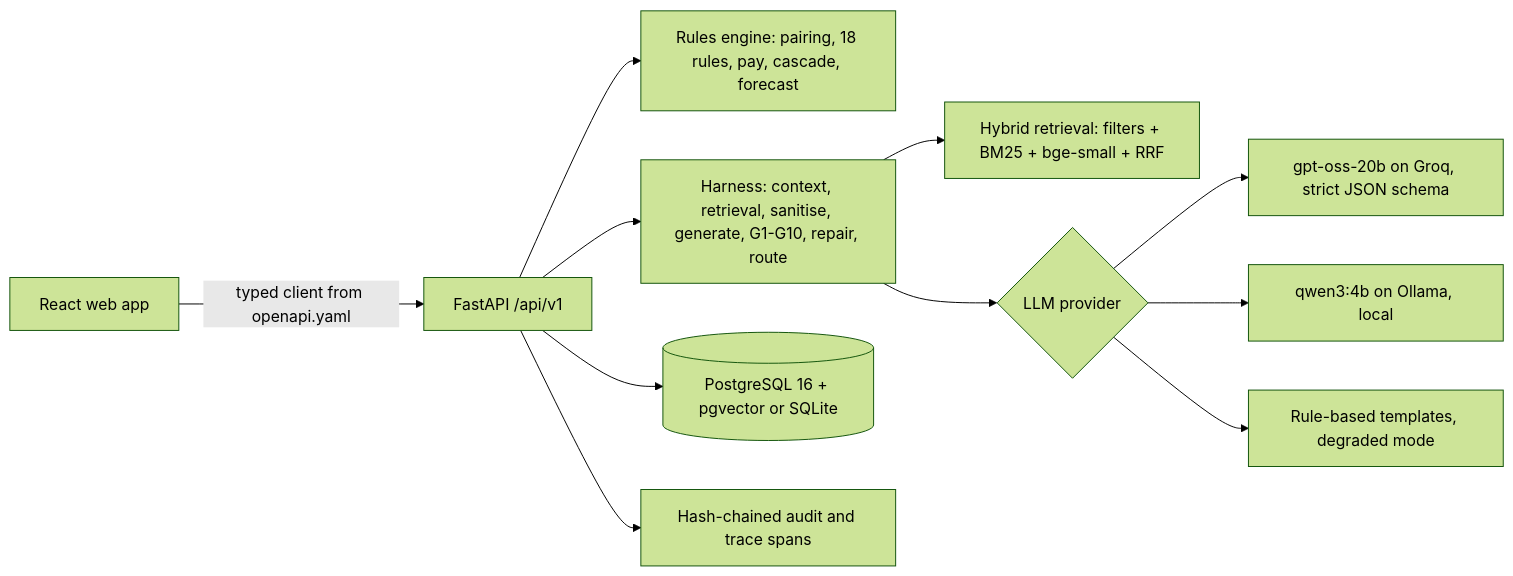
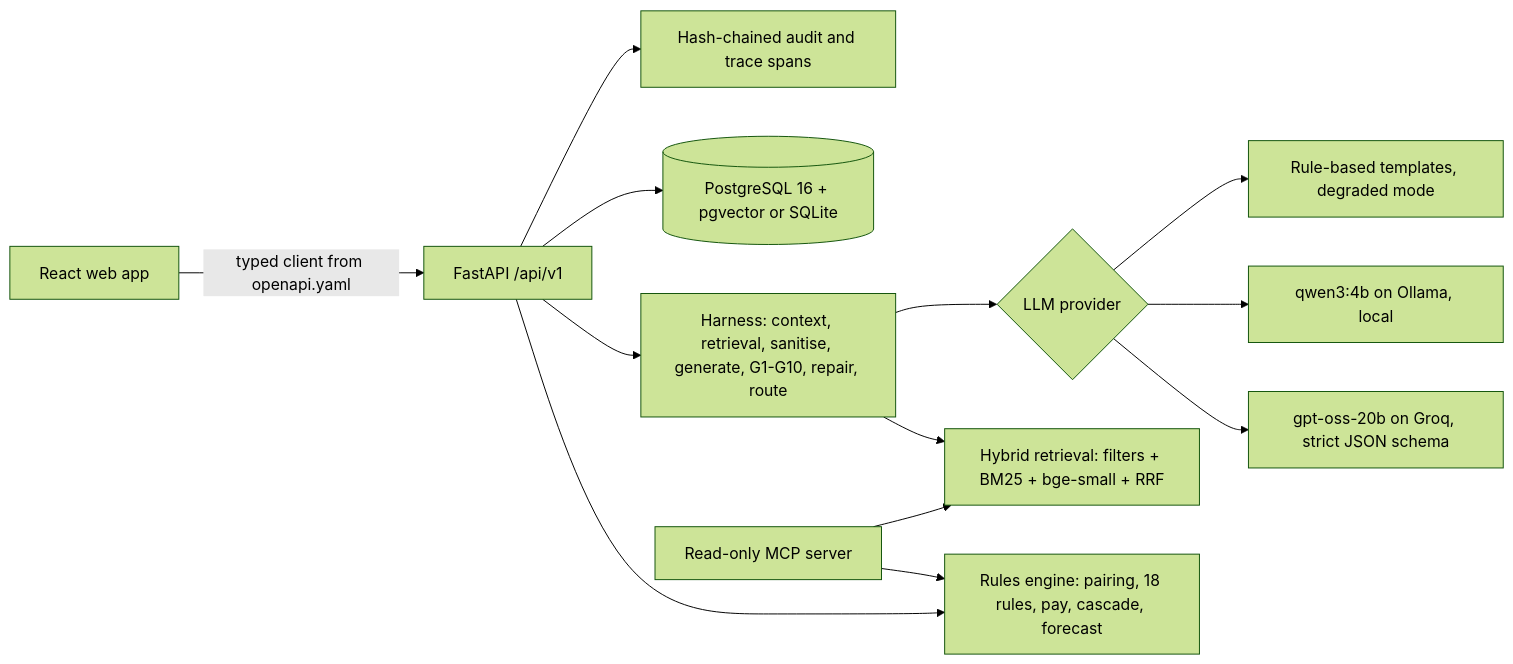
Before and after one commit to sampv69git/Dayforce: the second of 2 diagrams in README.md, drawn with Mermaid (forest theme). The commit also changed other lines of this file, not shown here.

````diff
--- a/README.md
+++ b/README.md
@@ -60,13 +135,15 @@
 ```mermaid
 flowchart LR
   W[React web app] -->|typed client from openapi.yaml| A[FastAPI /api/v1]
   A --> E[Rules engine: pairing, 18 rules, pay, cascade, forecast]
   A --> H[Harness: context, retrieval, sanitise, generate, G1-G10, repair, route]
   H --> R[Hybrid retrieval: filters + BM25 + bge-small + RRF]
   H --> L{LLM provider}
   L --> G[gpt-oss-20b on Groq, strict JSON schema]
   L --> O[qwen3:4b on Ollama, local]
   L --> T[Rule-based templates, degraded mode]
   A --> D[(PostgreSQL 16 + pgvector or SQLite)]
   A --> AU[Hash-chained audit and trace spans]
+  MCP[Read-only MCP server] --> E
+  MCP --> R
 ```
````
